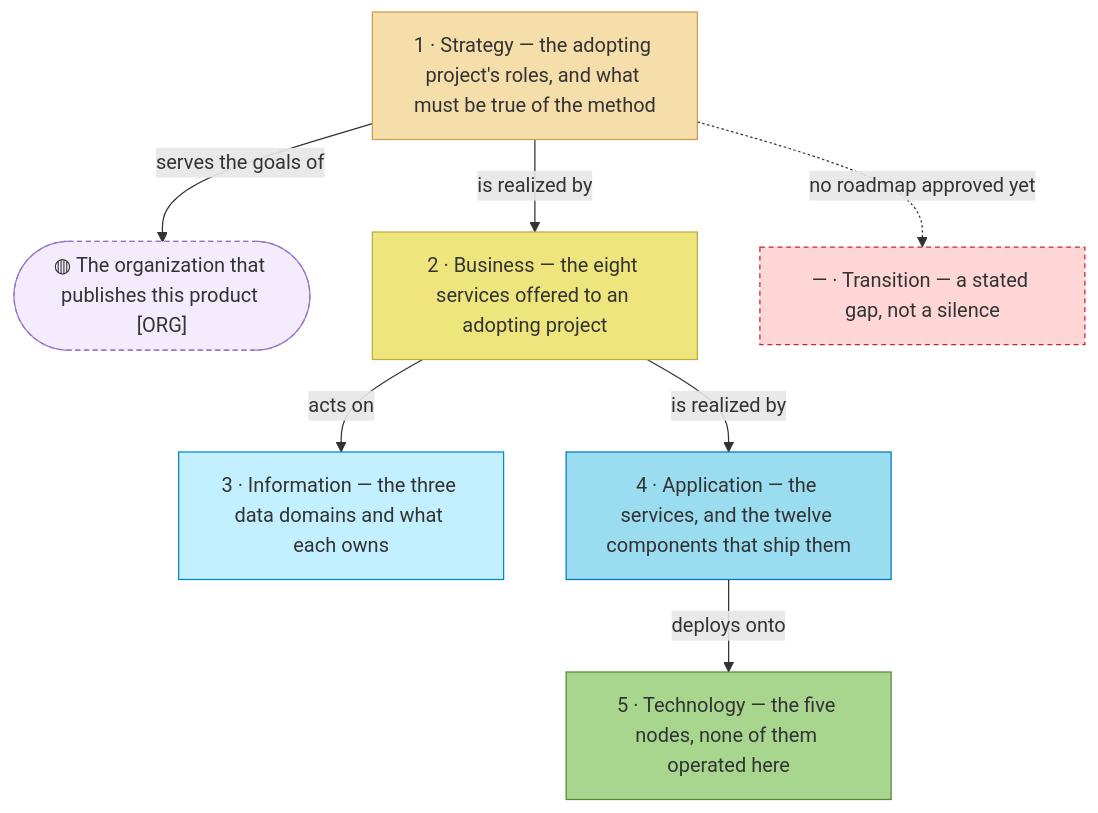
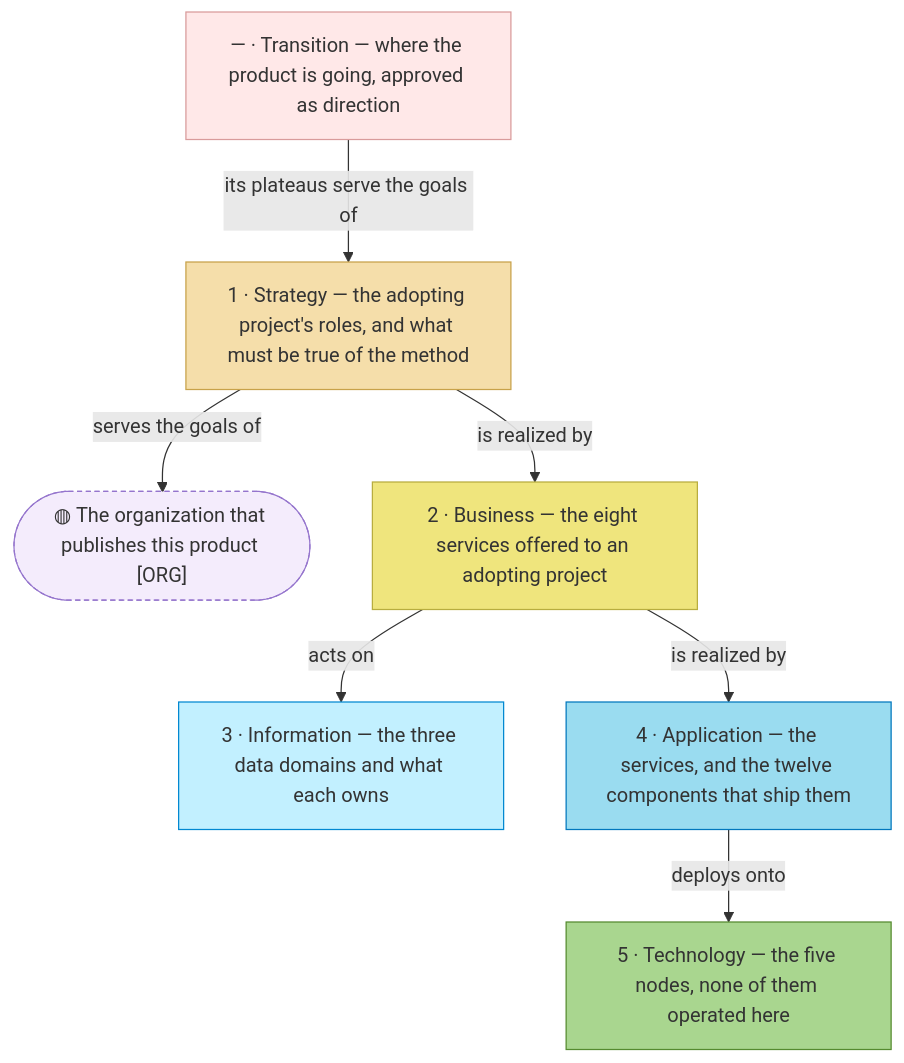
The diagram in product-archreator/architecture/README.md (roanboc/architecture-archreator), drawn with Mermaid before and after one commit. The commit also changed other lines of this file and 14 other files, not shown here.

First line of the commit message:
feat: the product says where it is going, and the tools go on the bench

````diff
--- a/product-archreator/architecture/README.md
+++ b/product-archreator/architecture/README.md
@@ -16,26 +16,26 @@
 ```mermaid
 flowchart TB
   org(["◍ The organization that publishes this product [ORG]"]):::ext
 
   l1["1 · Strategy — the adopting project's roles, and what must be true of the method"]:::strategy
   l2["2 · Business — the eight services offered to an adopting project"]:::business
   l3["3 · Information — the three data domains and what each owns"]:::info
   l4["4 · Application — the services, and the twelve components that ship them"]:::app
   l5["5 · Technology — the five nodes, none of them operated here"]:::tech
-  gap["— · Transition — a stated gap, not a silence"]:::gap
+  l6["— · Transition — where the product is going, approved as direction"]:::transition
 
   l1 -->|serves the goals of| org
   l1 -->|is realized by| l2
   l2 -->|acts on| l3
   l2 -->|is realized by| l4
   l4 -->|deploys onto| l5
-  l1 -.->|no roadmap approved yet| gap
+  l6 -->|its plateaus serve the goals of| l1
 
   classDef strategy fill:#f5deaa,stroke:#c8a24a,color:#333
   classDef business fill:#efe57d,stroke:#b8ad3f,color:#333
   classDef info fill:#c2f0ff,stroke:#0288d1,color:#333
   classDef app fill:#9adcf0,stroke:#0277bd,color:#333
   classDef tech fill:#a9d68f,stroke:#558b2f,color:#333
   classDef ext fill:#f4ecfc,stroke:#9575cd,color:#333,stroke-dasharray: 4 3
-  classDef gap fill:#ffd6d6,stroke:#c62828,color:#333,stroke-dasharray: 4 3
+  classDef transition fill:#ffe8e8,stroke:#d99b9b,color:#333
 ```
````
